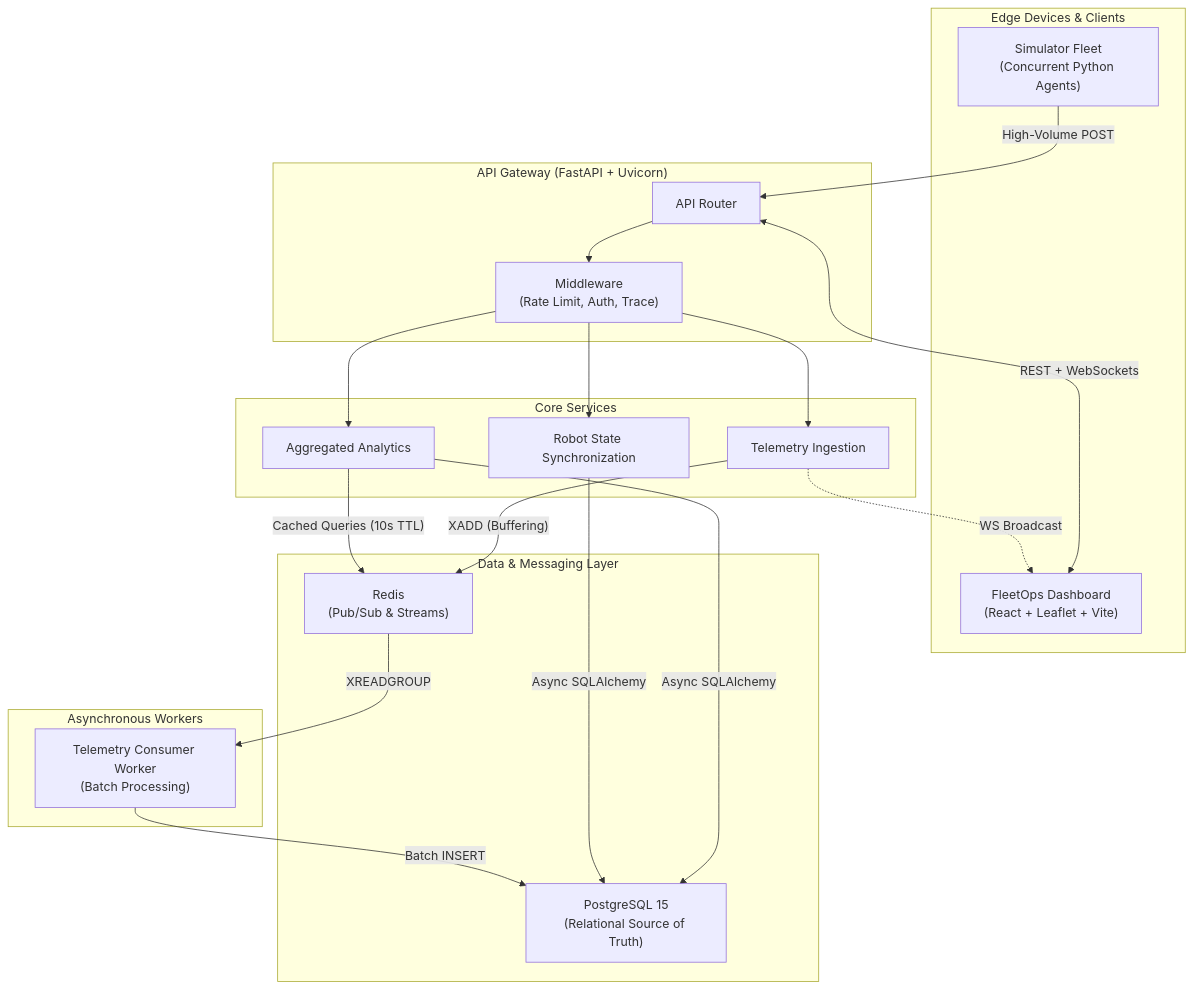
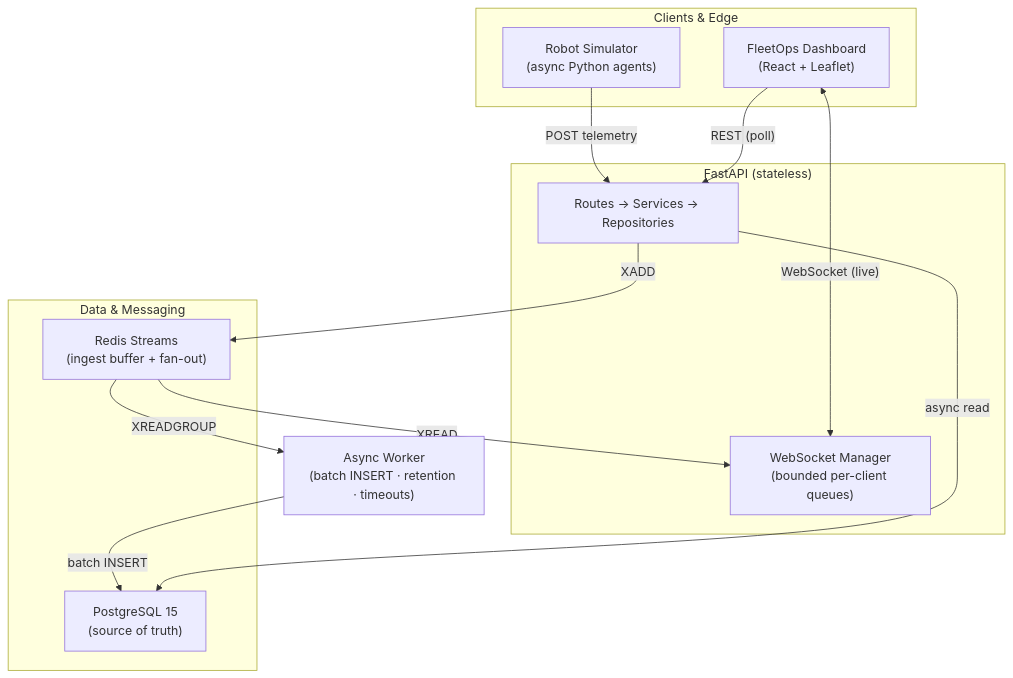
The diagram in README.md (colin-110/robot-fleet-platform), drawn with Mermaid before and after one commit. The commit also changed other lines of this file, not shown here.

````diff
--- a/README.md
+++ b/README.md
@@ -49,40 +77,28 @@
 ```mermaid
 graph TB
-  subgraph "Edge Devices & Clients"
-    SIM["Simulator Fleet\n(Concurrent Python Agents)"]
-    DASH["FleetOps Dashboard\n(React + Leaflet + Vite)"]
+  subgraph Clients["Clients & Edge"]
+    SIM["Robot Simulator<br/>(async Python agents)"]
+    DASH["FleetOps Dashboard<br/>(React + Leaflet)"]
   end
 
-  subgraph "API Gateway (FastAPI + Uvicorn)"
-    API["API Router"]
-    MW["Middleware\n(Rate Limit, Auth, Trace)"]
+  subgraph API["FastAPI (stateless)"]
+    ROUTES["Routes → Services → Repositories"]
+    WS["WebSocket Manager<br/>(bounded per-client queues)"]
   end
 
-  subgraph "Core Services"
-    SVC_T["Telemetry Ingestion"]
-    SVC_R["Robot State Synchronization"]
-    SVC_A["Aggregated Analytics"]
+  subgraph Data["Data & Messaging"]
+    REDIS["Redis Streams<br/>(ingest buffer + fan-out)"]
+    PG["PostgreSQL 15<br/>(source of truth)"]
   end
 
-  subgraph "Data & Messaging Layer"
-    CACHE["Redis\n(Pub/Sub & Streams)"]
-    DB["PostgreSQL 15\n(Relational Source of Truth)"]
-  end
-  
-  subgraph "Asynchronous Workers"
-    Worker["Telemetry Consumer Worker\n(Batch Processing)"]
-  end
+  WORKER["Async Worker<br/>(batch INSERT · retention · timeouts)"]
 
-  SIM -->|"High-Volume POST"| API
-  DASH <-->|"REST + WebSockets"| API
-  API --> MW
-  MW --> SVC_T & SVC_R & SVC_A
-
-  SVC_A -->|"Cached Queries (10s TTL)"| CACHE
-  SVC_T -->|"XADD (Buffering)"| CACHE
-  SVC_T -.->|"WS Broadcast"| DASH
-  
-  CACHE -->|"XREADGROUP"| Worker
-  Worker -->|"Batch INSERT"| DB
-  SVC_R & SVC_A -->|"Async SQLAlchemy"| DB
+  SIM -->|"POST telemetry"| ROUTES
+  DASH -->|"REST (poll)"| ROUTES
+  DASH <-->|"WebSocket (live)"| WS
+  ROUTES -->|"XADD"| REDIS
+  REDIS -->|"XREADGROUP"| WORKER
+  REDIS -->|"XREAD"| WS
+  WORKER -->|"batch INSERT"| PG
+  ROUTES -->|"async read"| PG
 ```
````
